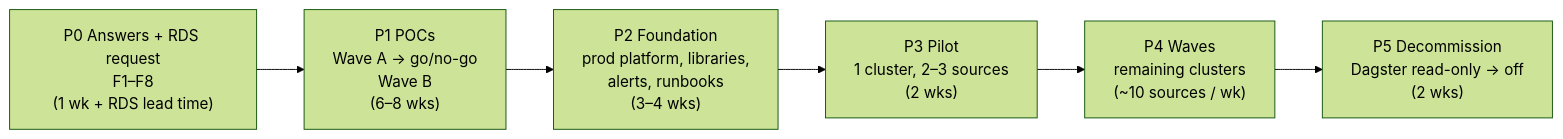
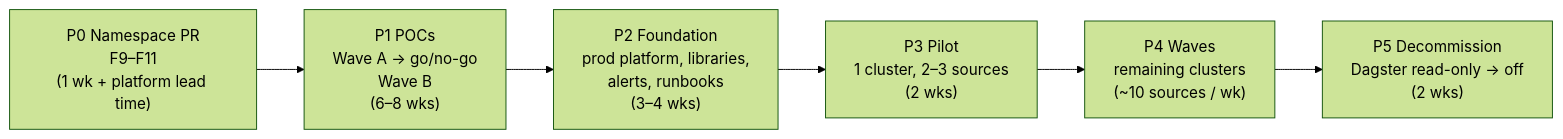
Before and after one commit to infroid/temporal-vs-dagster: the first of 3 diagrams in migration/05-migration-plan.md, drawn with Mermaid (forest theme). The commit also changed other lines of this file and 6 other files, not shown here.

````diff
--- a/migration/05-migration-plan.md
+++ b/migration/05-migration-plan.md
@@ -12,8 +12,8 @@
 ```mermaid
 flowchart LR
-  P0["P0 Answers + RDS request<br/>F1–F8<br/>(1 wk + RDS lead time)"] --> P1["P1 POCs<br/>Wave A → go/no-go<br/>Wave B<br/>(6–8 wks)"]
+  P0["P0 Namespace PR<br/>F9–F11<br/>(1 wk + platform lead time)"] --> P1["P1 POCs<br/>Wave A → go/no-go<br/>Wave B<br/>(6–8 wks)"]
   P1 --> P2["P2 Foundation<br/>prod platform, libraries,<br/>alerts, runbooks<br/>(3–4 wks)"]
   P2 --> P3["P3 Pilot<br/>1 cluster, 2–3 sources<br/>(2 wks)"]
   P3 --> P4["P4 Waves<br/>remaining clusters<br/>(~10 sources / wk)"]
   P4 --> P5["P5 Decommission<br/>Dagster read-only → off<br/>(2 wks)"]
 ```
````
